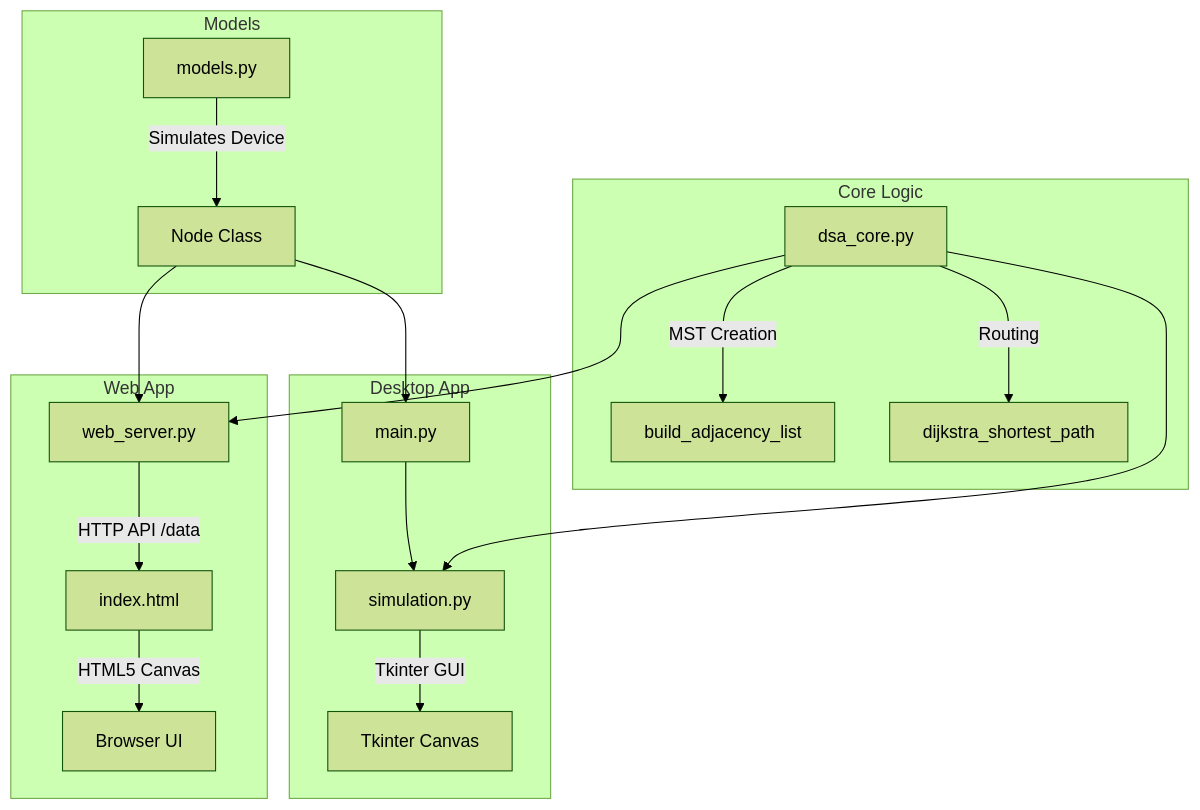
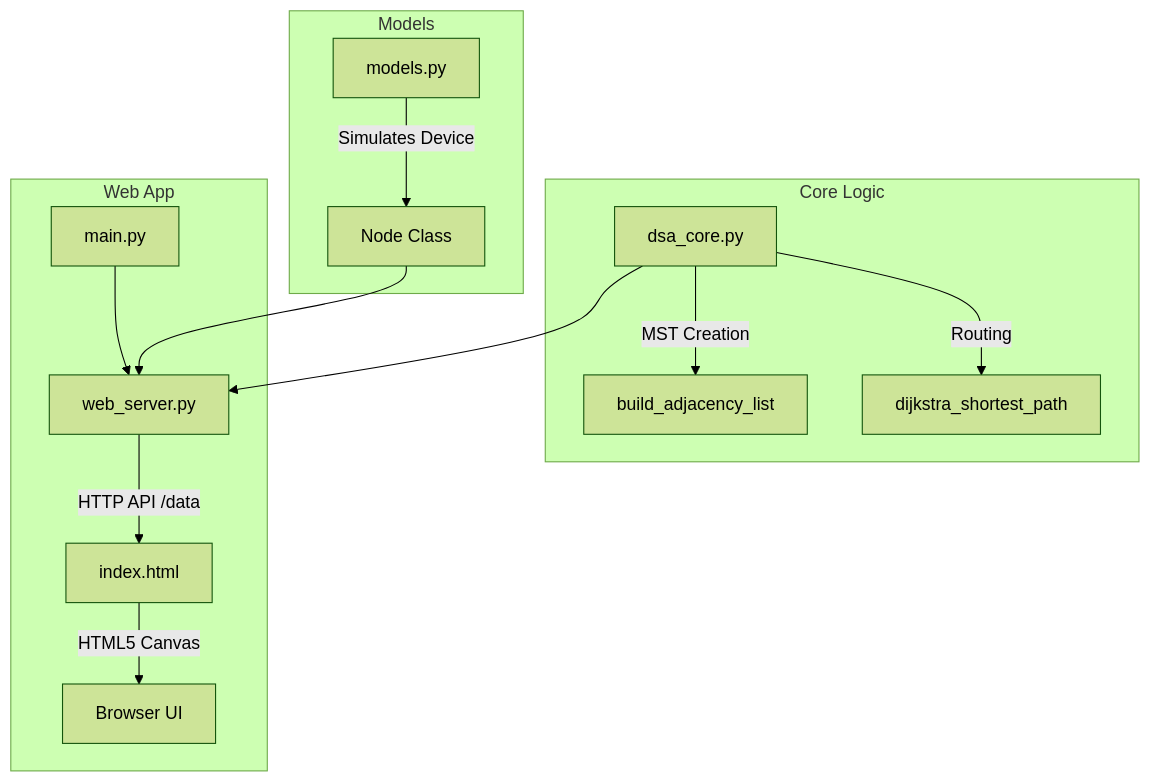
Before and after one commit to Sourav8371/dsa-project: the diagram in implementation_details.md, drawn with Mermaid (forest theme). The commit also changed other lines of this file and 5 other files, not shown here.

````diff
--- a/implementation_details.md
+++ b/implementation_details.md
@@ -11,22 +11,17 @@
 ```mermaid
 graph TD
     subgraph Core Logic
         A[dsa_core.py] -->|MST Creation| B[build_adjacency_list]
         A -->|Routing| C[dijkstra_shortest_path]
     end
     subgraph Models
         D[models.py] -->|Simulates Device| E[Node Class]
     end
-    subgraph Desktop App
-        F[main.py] --> G[simulation.py]
-        G -->|Tkinter GUI| H[Tkinter Canvas]
-    end
     subgraph Web App
-        I[web_server.py] -->|HTTP API /data| J[index.html]
+        F[main.py] --> I[web_server.py]
+        I -->|HTTP API /data| J[index.html]
         J -->|HTML5 Canvas| K[Browser UI]
     end
-    E --> F
     E --> I
-    A --> G
     A --> I
 ```
````
